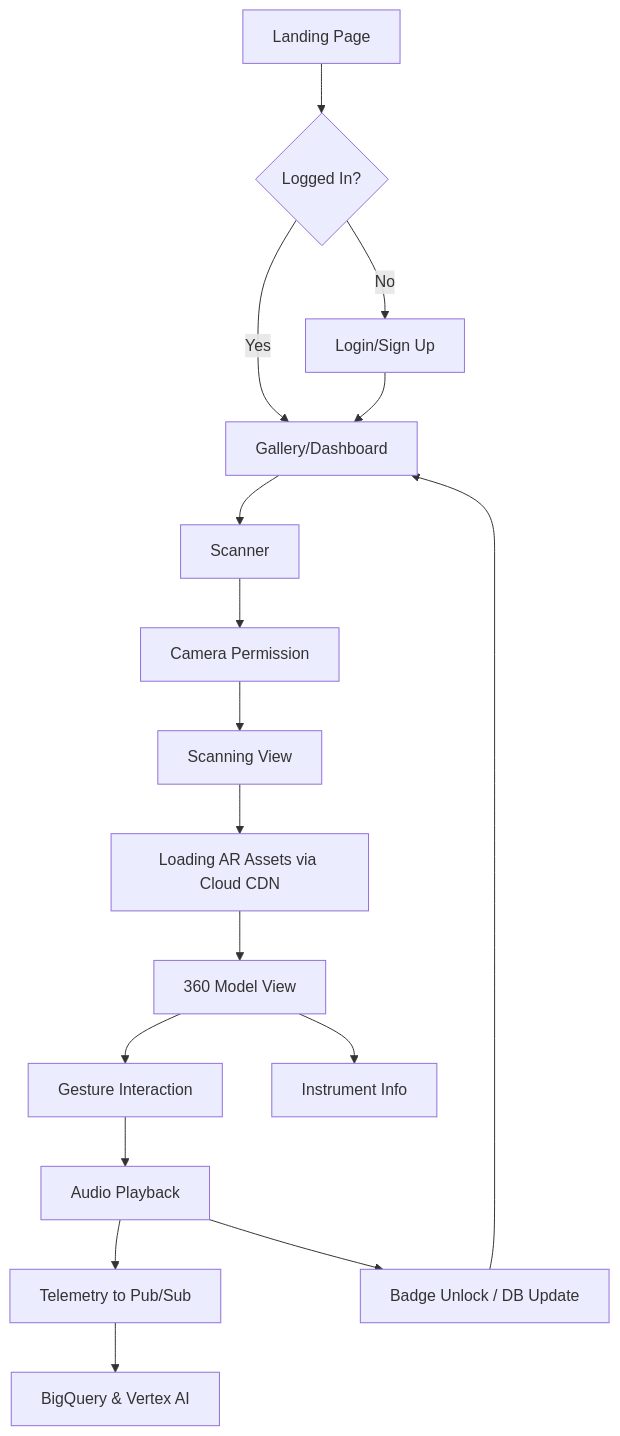
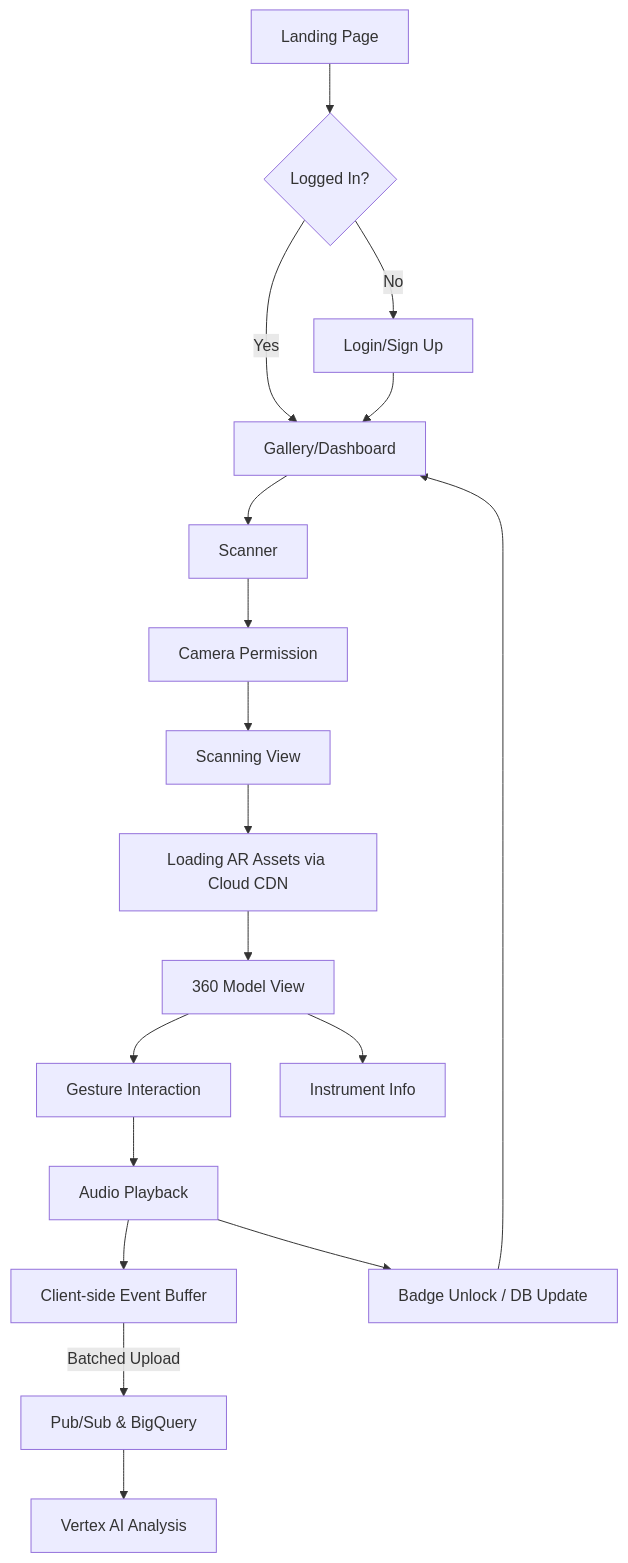
The second of 2 diagrams in PRD.md (jvhnlee/virtualmuse), drawn with Mermaid before and after one commit. The commit also changed other lines of this file, not shown here.

Commit message:
docs: update prd to reflect changes in telemetry requirements from real-time streaming to batch-streaming

````diff
--- a/PRD.md
+++ b/PRD.md
@@ -125,22 +125,23 @@
 ```mermaid
 graph TD
     A[Landing Page] --> B{Logged In?}
     B -- No --> C[Login/Sign Up]
     B -- Yes --> D[Gallery/Dashboard]
     
     C --> D
     D --> E[Scanner]
     E --> F[Camera Permission]
     F --> G[Scanning View]
     G --> H[Loading AR Assets via Cloud CDN]
     
     H --> I[360 Model View]
     I --> J[Gesture Interaction]
     I --> K[Instrument Info]
     
     J --> L[Audio Playback]
-    L --> M[Telemetry to Pub/Sub]
-    M --> N[BigQuery & Vertex AI]
+    L --> M[Client-side Event Buffer]
+    M -- Batched Upload --> N[Pub/Sub & BigQuery]
+    N --> P[Vertex AI Analysis]
     L --> O[Badge Unlock / DB Update]
     O --> D
 ```
````
